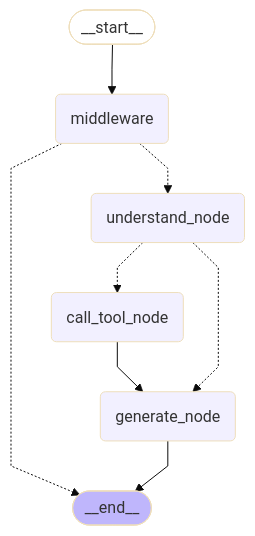
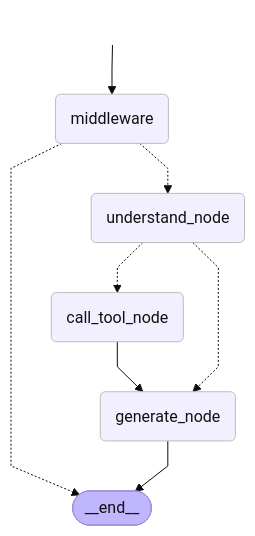
Before and after one commit to CJR2022/CBNU_Agent: the diagram in README.md, drawn with Mermaid (base theme). The commit also changed other lines of this file, not shown here.

Commit message:
리드미 수정

````diff
--- a/README.md
+++ b/README.md
@@ -45,24 +45,24 @@
 ```mermaid
 ---
 config:
   flowchart:
     curve: linear
 ---
 graph TD;
-    __start__([<p>__start__</p>]):::first
+    __start__([__start__]):::first
     middleware(middleware)
     understand_node(understand_node)
     call_tool_node(call_tool_node)
     generate_node(generate_node)
-    __end__([<p>__end__</p>]):::last
+    __end__([__end__]):::last
     __start__ --> middleware;
     call_tool_node --> generate_node;
     middleware -.-> __end__;
     middleware -.-> understand_node;
     understand_node -.-> call_tool_node;
     understand_node -.-> generate_node;
     generate_node --> __end__;
-    classDef default fill:#f2f0ff,line-height:1.2
-    classDef first fill-opacity:0
-    classDef last fill:#bfb6fc
+    classDef default fill:#f2f0ff,color:#111111,stroke:#bcbcbc,line-height:1.2
+    classDef first fill-opacity:0,color:#ffffff,stroke:#ffffff
+    classDef last fill:#bfb6fc,color:#111111,stroke:#9b8ee0
 ```
````
